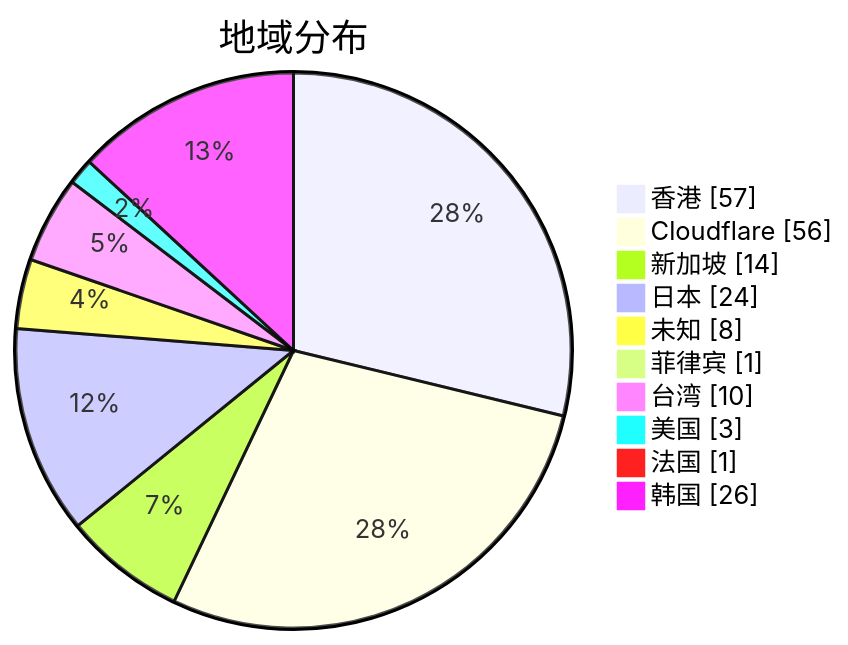
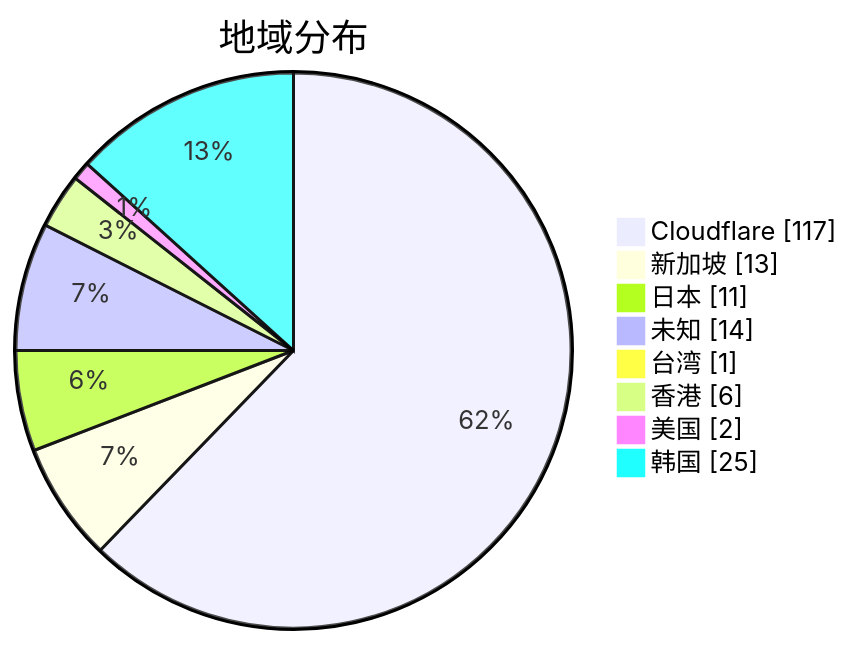
Before and after one commit to qjlxg/airport: the second of 3 diagrams in subs/statistics/tested_within.md, drawn with Mermaid. The commit also changed other lines of this file and 2 other files, not shown here.

````diff
--- a/subs/statistics/tested_within.md
+++ b/subs/statistics/tested_within.md
@@ -11,14 +12,12 @@
 ```mermaid
 pie showData
 title 地域分布
-"香港" : 57
-"Cloudflare" : 56
-"新加坡" : 14
-"日本" : 24
-"未知" : 8
-"菲律宾" : 1
-"台湾" : 10
-"美国" : 3
-"法国" : 1
-"韩国" : 26
+"Cloudflare" : 117
+"新加坡" : 13
+"日本" : 11
+"未知" : 14
+"台湾" : 1
+"香港" : 6
+"美国" : 2
+"韩国" : 25
 ```
````
